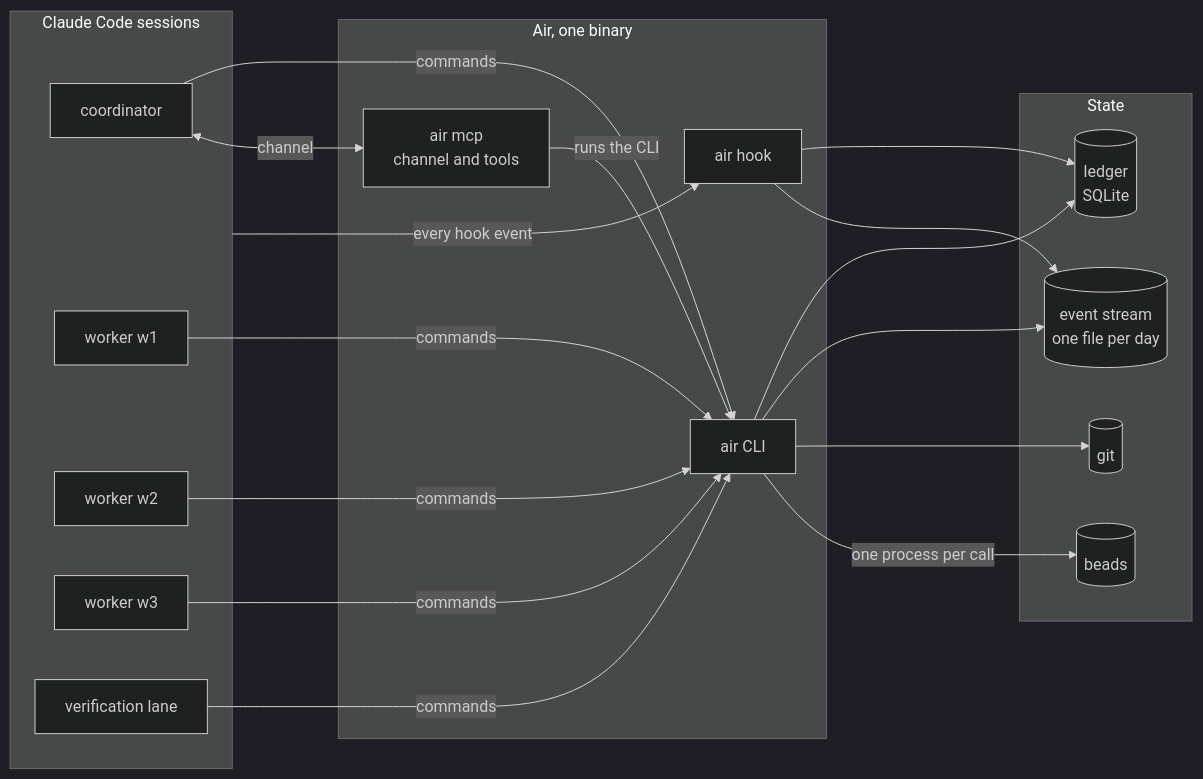
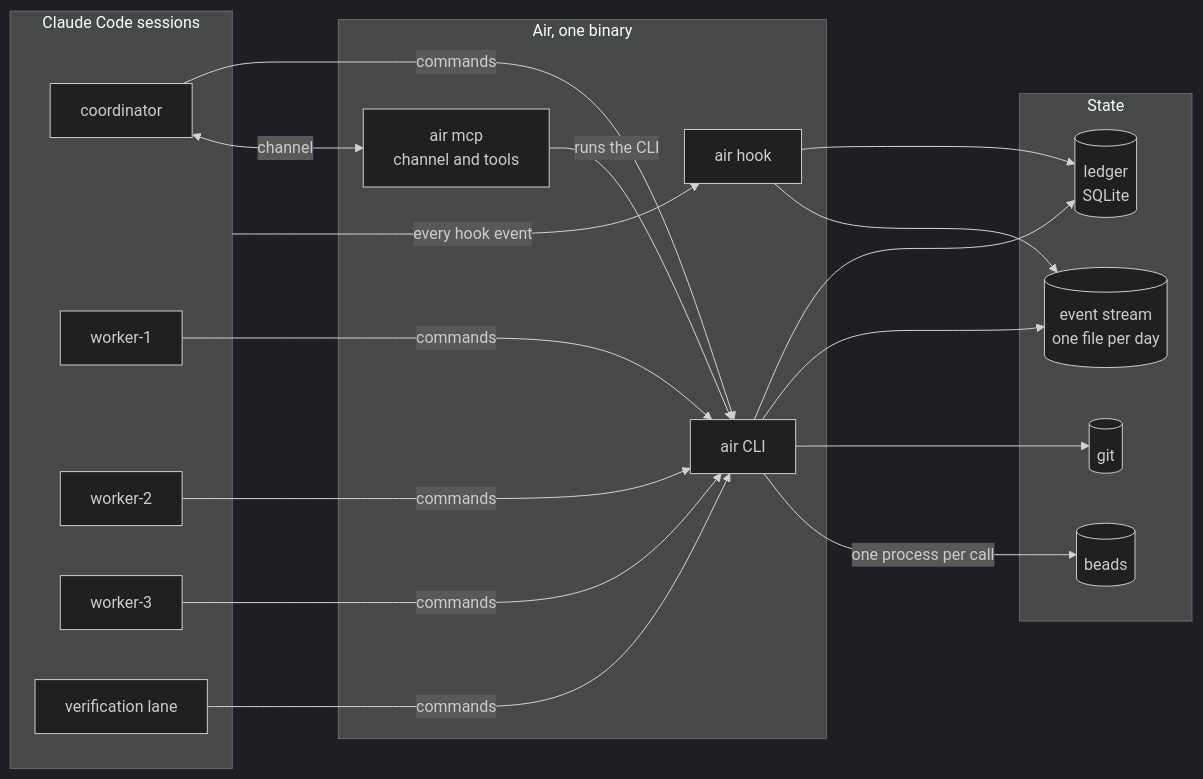
The first of 8 diagrams in docs/design.md (AJTJ/airunner), drawn with Mermaid (dark theme) before and after one commit. The commit also changed other lines of this file and 3 other files, not shown here.

````diff
--- a/docs/design.md
+++ b/docs/design.md
@@ -34,35 +35,35 @@
 ```mermaid
 flowchart LR
   subgraph harness [Claude Code sessions]
     C[coordinator]
-    W1[worker w1]
-    W2[worker w2]
-    W3[worker w3]
+    W1[worker-1]
+    W2[worker-2]
+    W3[worker-3]
     L[verification lane]
   end
   subgraph air [Air, one binary]
     CLI[air CLI]
     HOOK[air hook]
     MCP[air mcp<br/>channel and tools]
   end
   subgraph stores [State]
     LEDGER[(ledger<br/>SQLite)]
     EV[(event stream<br/>one file per day)]
     GIT[(git)]
     BD[(beads)]
   end
   C -->|commands| CLI
   W1 -->|commands| CLI
   W2 -->|commands| CLI
   W3 -->|commands| CLI
   L -->|commands| CLI
   harness -->|every hook event| HOOK
   C <-->|channel| MCP
   CLI --> LEDGER
   HOOK --> LEDGER
   MCP -->|runs the CLI| CLI
   CLI --> EV
   HOOK --> EV
   CLI --> GIT
   CLI -->|one process per call| BD
 ```
````
